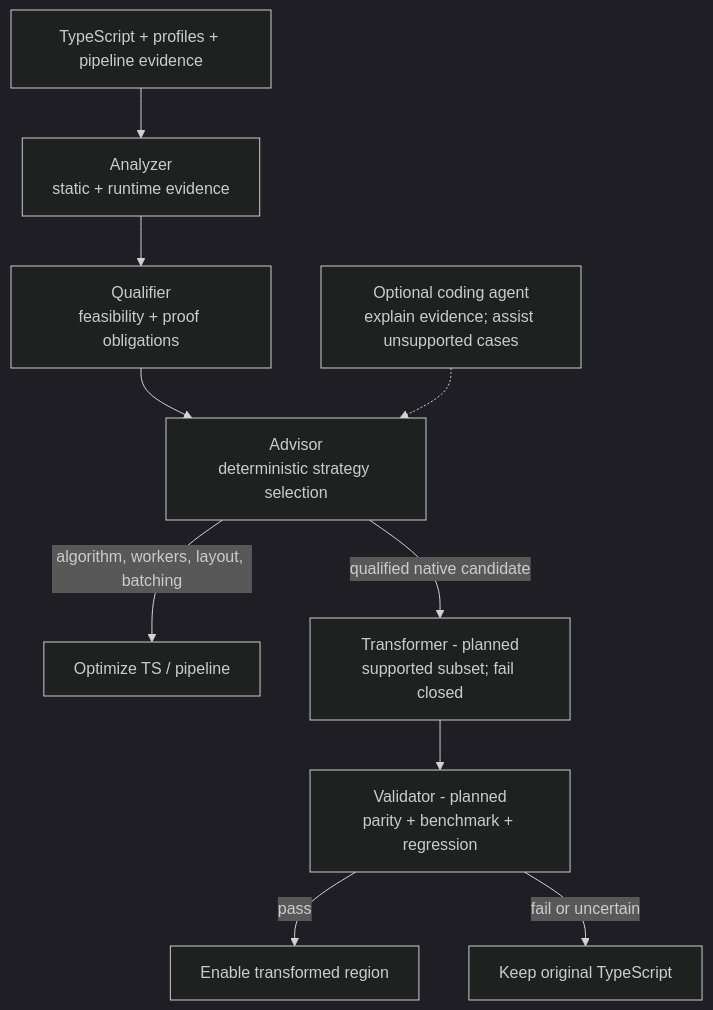
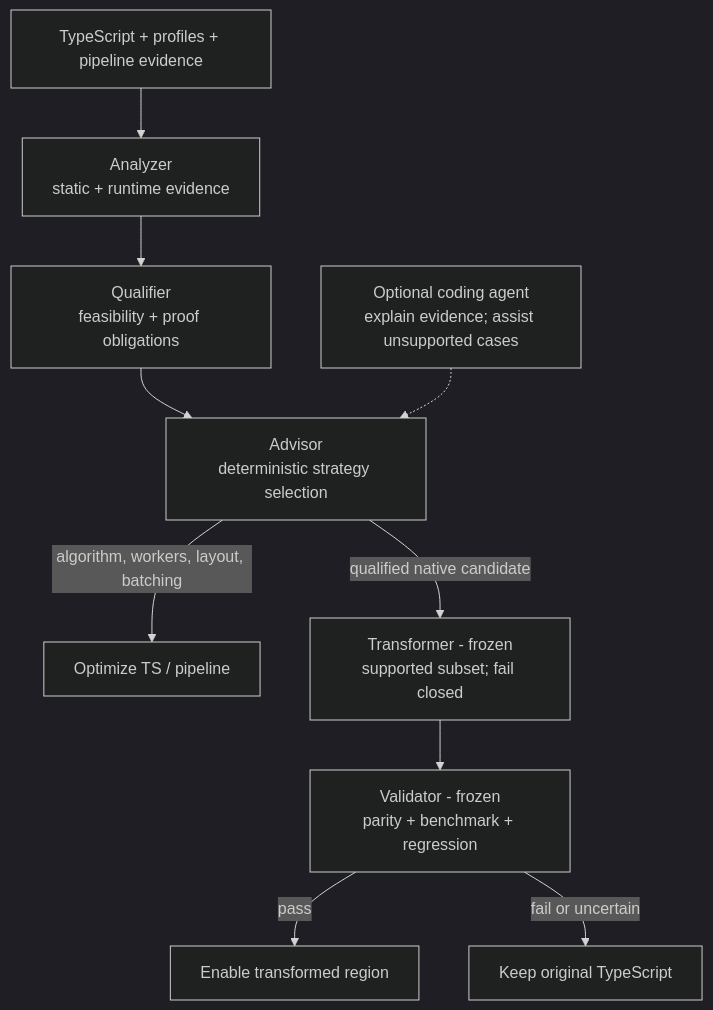
Before and after one commit to speedcat/crankts: the diagram in README.md, drawn with Mermaid (dark theme). The commit also changed other lines of this file and 19 other files, not shown here.

````diff
--- a/README.md
+++ b/README.md
@@ -71,12 +114,12 @@
 ```mermaid
 flowchart TD
   Source["TypeScript + profiles + pipeline evidence"] --> Analyzer["Analyzer<br/>static + runtime evidence"]
   Analyzer --> Qualifier["Qualifier<br/>feasibility + proof obligations"]
   Qualifier --> Advisor["Advisor<br/>deterministic strategy selection"]
   Advisor -->|"algorithm, workers, layout, batching"| Optimize["Optimize TS / pipeline"]
-  Advisor -->|"qualified native candidate"| Transformer["Transformer - planned<br/>supported subset; fail closed"]
-  Transformer --> Validator["Validator - planned<br/>parity + benchmark + regression"]
+  Advisor -->|"qualified native candidate"| Transformer["Transformer - frozen<br/>supported subset; fail closed"]
+  Transformer --> Validator["Validator - frozen<br/>parity + benchmark + regression"]
   Validator -->|"pass"| Enable["Enable transformed region"]
   Validator -->|"fail or uncertain"| KeepTS["Keep original TypeScript"]
   Agent["Optional coding agent<br/>explain evidence; assist unsupported cases"] -.-> Advisor
 ```
````
